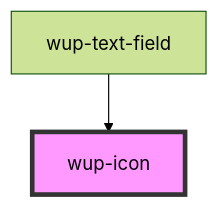
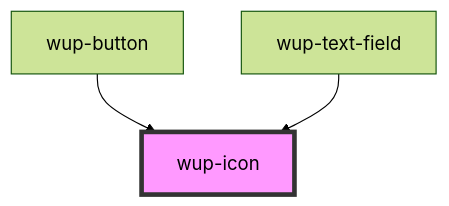
The diagram in packages/ketchup/src/components/wup-icon/readme.md (smeup/ketchup), drawn with Mermaid (forest theme) before and after one commit. The commit also changed other lines of this file and 37 other files, not shown here.

````diff
--- a/packages/ketchup/src/components/wup-icon/readme.md
+++ b/packages/ketchup/src/components/wup-icon/readme.md
@@ -25,5 +27,6 @@
 ```mermaid
 graph TD;
+  wup-button --> wup-icon
   wup-text-field --> wup-icon
   style wup-icon fill:#f9f,stroke:#333,stroke-width:4px
 ```
````
